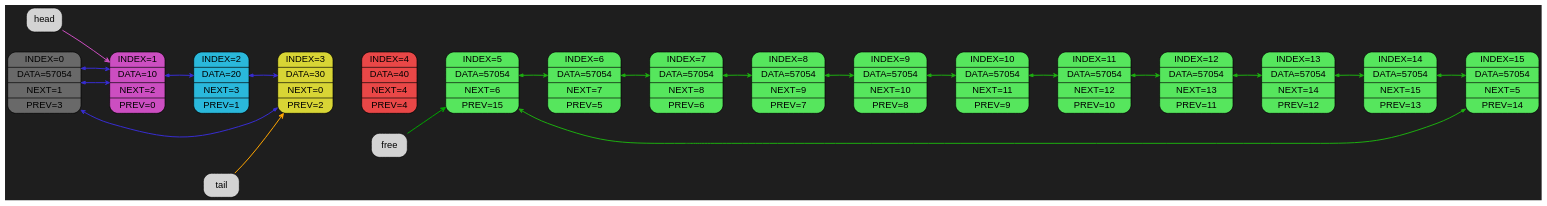
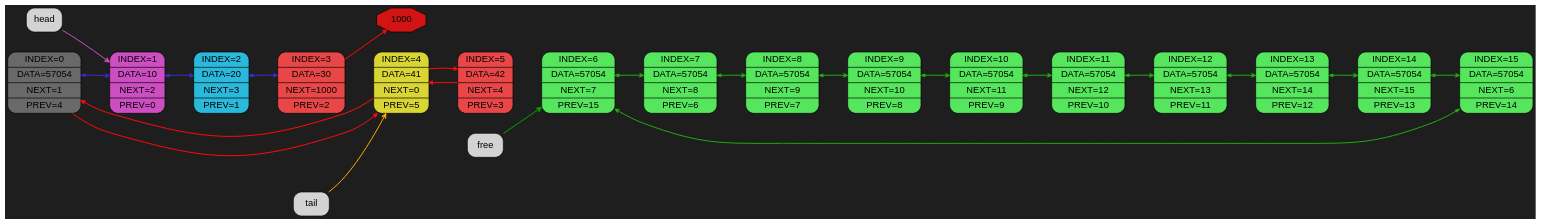
One commit to Kabuto-Mainer/SOFT_PROCESSOR changed the diagram in LIST/graph.dot. Above: the diagram before and after it, drawn with Graphviz. The commit also changed 29 other files, not shown here.

```diff
--- a/LIST/graph.dot
+++ b/LIST/graph.dot
@@ -1,59 +1,62 @@
 digraph {
   rankdir=LR;
   bgcolor="#1e1e1e"  nodesep=0.4;
   ranksep=0.6;
   node [shape=Mrecord, style=filled, fontname="Helvetica"];
   edge [arrowhead=vee, arrowsize=0.6, penwidth=1.2];
 
-block0 [label="INDEX=0|DATA=57054|NEXT=1|PREV=3", fillcolor="#696969ff"];
+block0 [label="INDEX=0|DATA=57054|NEXT=1|PREV=4", fillcolor="#696969ff"];
 block1 [label="INDEX=1|DATA=10|NEXT=2|PREV=0", fillcolor="#cc4ec1ff"];
 block2 [label="INDEX=2|DATA=20|NEXT=3|PREV=1", fillcolor="#2ab8dbff"];
-block3 [label="INDEX=3|DATA=30|NEXT=0|PREV=2", fillcolor="#d8d535ff"];
-block4 [label="INDEX=4|DATA=40|NEXT=4|PREV=4", fillcolor="#e94747ff"];
-block5 [label="INDEX=5|DATA=57054|NEXT=6|PREV=15", fillcolor="#56e65dff"];
-block6 [label="INDEX=6|DATA=57054|NEXT=7|PREV=5", fillcolor="#56e65dff"];
+block3 [label="INDEX=3|DATA=30|NEXT=1000|PREV=2", fillcolor="#e94747ff"];
+block4 [label="INDEX=4|DATA=41|NEXT=0|PREV=5", fillcolor="#d8d535ff"];
+block5 [label="INDEX=5|DATA=42|NEXT=4|PREV=3", fillcolor="#e94747ff"];
+block6 [label="INDEX=6|DATA=57054|NEXT=7|PREV=15", fillcolor="#56e65dff"];
 block7 [label="INDEX=7|DATA=57054|NEXT=8|PREV=6", fillcolor="#56e65dff"];
 block8 [label="INDEX=8|DATA=57054|NEXT=9|PREV=7", fillcolor="#56e65dff"];
 block9 [label="INDEX=9|DATA=57054|NEXT=10|PREV=8", fillcolor="#56e65dff"];
 block10 [label="INDEX=10|DATA=57054|NEXT=11|PREV=9", fillcolor="#56e65dff"];
 block11 [label="INDEX=11|DATA=57054|NEXT=12|PREV=10", fillcolor="#56e65dff"];
 block12 [label="INDEX=12|DATA=57054|NEXT=13|PREV=11", fillcolor="#56e65dff"];
 block13 [label="INDEX=13|DATA=57054|NEXT=14|PREV=12", fillcolor="#56e65dff"];
 block14 [label="INDEX=14|DATA=57054|NEXT=15|PREV=13", fillcolor="#56e65dff"];
-block15 [label="INDEX=15|DATA=57054|NEXT=5|PREV=14", fillcolor="#56e65dff"];
+block15 [label="INDEX=15|DATA=57054|NEXT=6|PREV=14", fillcolor="#56e65dff"];
 block0 -> block1 [style=invis, weight=100];
 block1 -> block2 [style=invis, weight=100];
 block2 -> block3 [style=invis, weight=100];
 block3 -> block4 [style=invis, weight=100];
 block4 -> block5 [style=invis, weight=100];
 block5 -> block6 [style=invis, weight=100];
 block6 -> block7 [style=invis, weight=100];
 block7 -> block8 [style=invis, weight=100];
 block8 -> block9 [style=invis, weight=100];
 block9 -> block10 [style=invis, weight=100];
 block10 -> block11 [style=invis, weight=100];
 block11 -> block12 [style=invis, weight=100];
 block12 -> block13 [style=invis, weight=100];
 block13 -> block14 [style=invis, weight=100];
 block14 -> block15 [style=invis, weight=100];
 
 block0 -> block1 [color="#382dd1ff", penwidth=1.5, arrowsize=0.6, constraint=true, dir = both];
 block1 -> block2 [color="#382dd1ff", penwidth=1.5, arrowsize=0.6, constraint=true, dir = both];
 block2 -> block3 [color="#382dd1ff", penwidth=1.5, arrowsize=0.6, constraint=true, dir = both];
-block3 -> block0 [color="#382dd1ff", penwidth=1.5, arrowsize=0.6, constraint=true, dir = both];
-block0 -> block1 [color="#382dd1ff", penwidth=1.5, arrowsize=0.6, constraint=true, dir = both];
-block5 -> block6 [color="#1dad10ff", penwidth=1.5, arrowsize=0.6, constraint=true, dir = both];
+block1000 [label="1000", shape=octagon, fillcolor="#d31414ff"];
+block3 -> block1000 [color="#ff0a0aff", penwidth=1.5, arrowsize=0.6, constraint=true];
+block4 -> block0 [color="#ff0a0aff", penwidth=1.5, arrowsize=0.6, constraint=true];
+block0 -> block4 [color="#ff0a0aff", penwidth=1.5, arrowsize=0.6, constraint=true];
+block5 -> block4 [color="#ff0a0aff", penwidth=1.5, arrowsize=0.6, constraint=true];
+block4 -> block5 [color="#ff0a0aff", penwidth=1.5, arrowsize=0.6, constraint=true];
 block6 -> block7 [color="#1dad10ff", penwidth=1.5, arrowsize=0.6, constraint=true, dir = both];
 block7 -> block8 [color="#1dad10ff", penwidth=1.5, arrowsize=0.6, constraint=true, dir = both];
 block8 -> block9 [color="#1dad10ff", penwidth=1.5, arrowsize=0.6, constraint=true, dir = both];
 block9 -> block10 [color="#1dad10ff", penwidth=1.5, arrowsize=0.6, constraint=true, dir = both];
 block10 -> block11 [color="#1dad10ff", penwidth=1.5, arrowsize=0.6, constraint=true, dir = both];
 block11 -> block12 [color="#1dad10ff", penwidth=1.5, arrowsize=0.6, constraint=true, dir = both];
 block12 -> block13 [color="#1dad10ff", penwidth=1.5, arrowsize=0.6, constraint=true, dir = both];
 block13 -> block14 [color="#1dad10ff", penwidth=1.5, arrowsize=0.6, constraint=true, dir = both];
 block14 -> block15 [color="#1dad10ff", penwidth=1.5, arrowsize=0.6, constraint=true, dir = both];
-block15 -> block5 [color="#1dad10ff", penwidth=1.5, arrowsize=0.6, constraint=true, dir = both];
+block15 -> block6 [color="#1dad10ff", penwidth=1.5, arrowsize=0.6, constraint=true, dir = both];
 head -> block1 [color="#cc4ec1ff", penwidth=1.5, arrowsize=0.7];
-tail -> block3 [color="#FFA500", penwidth=1.5, arrowsize=0.7];
-free -> block5 [color="#00A500", penwidth=1.5, arrowsize=0.7];
+tail -> block4 [color="#FFA500", penwidth=1.5, arrowsize=0.7];
+free -> block6 [color="#00A500", penwidth=1.5, arrowsize=0.7];
 }
```
